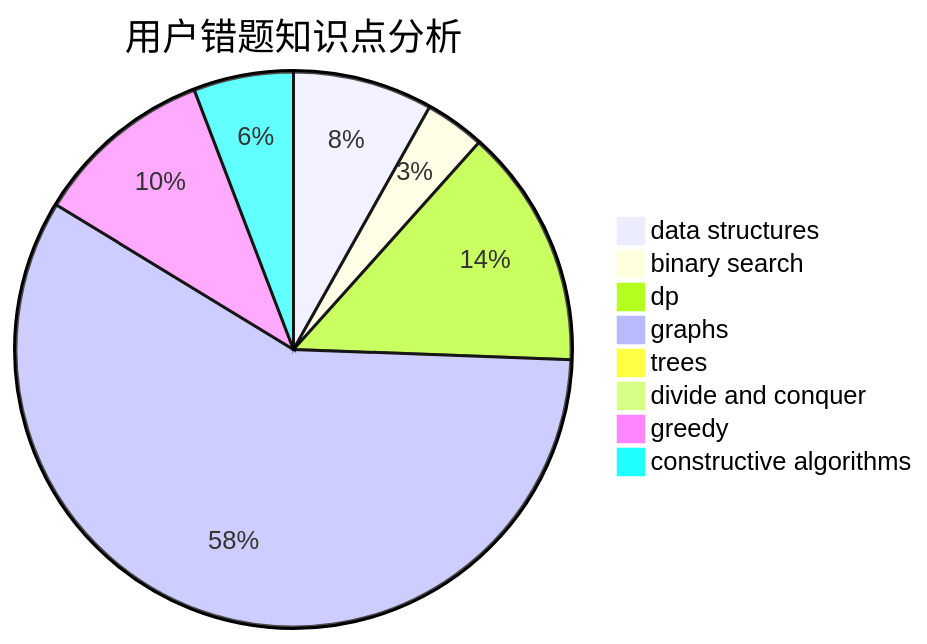
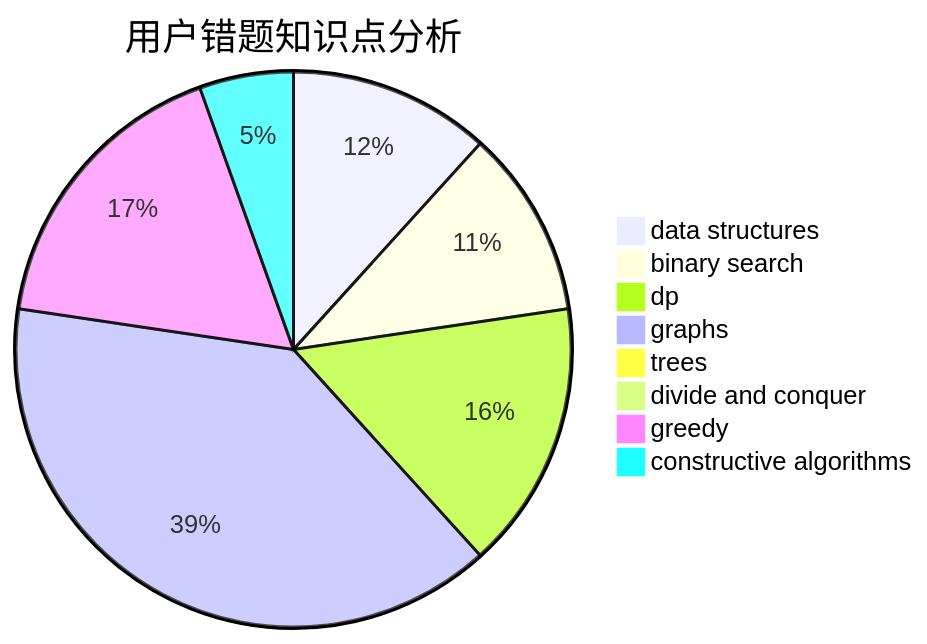
The third of 3 diagrams in docs/user/u424.md (sherpahu/cfrs.github.io), drawn with Mermaid before and after one commit. The commit also changed other lines of this file and 2770 other files, not shown here.

````diff
--- a/docs/user/u424.md
+++ b/docs/user/u424.md
@@ -36,11 +36,11 @@
 ```mermaid
 pie title 用户错题知识点分析
-    "data structures" :  7
-    "binary search" :  3
-    "dp" :  12
+    "data structures" :  15
+    "binary search" :  14
+    "dp" :  20
     "graphs" :  50
     "trees" :  0
     "divide and conquer" :  0
-    "greedy" :  9
-    "constructive algorithms" :  5
+    "greedy" :  22
+    "constructive algorithms" :  7
 ```
````
